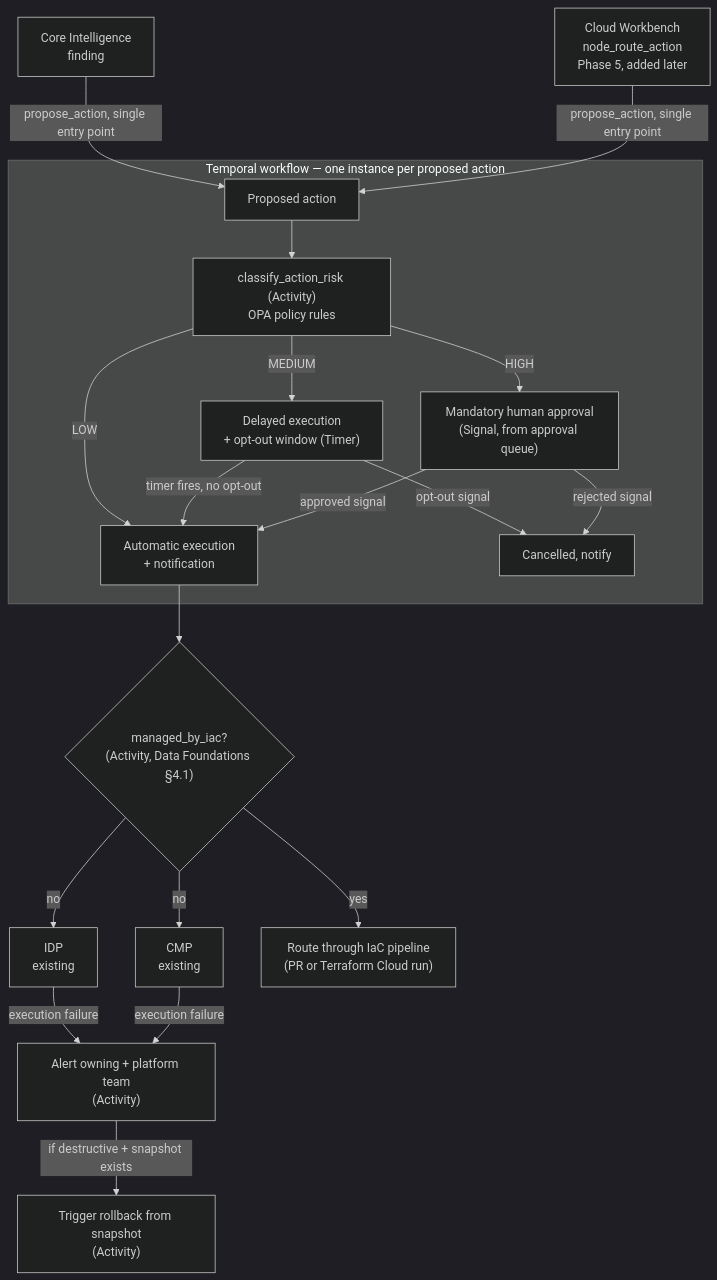
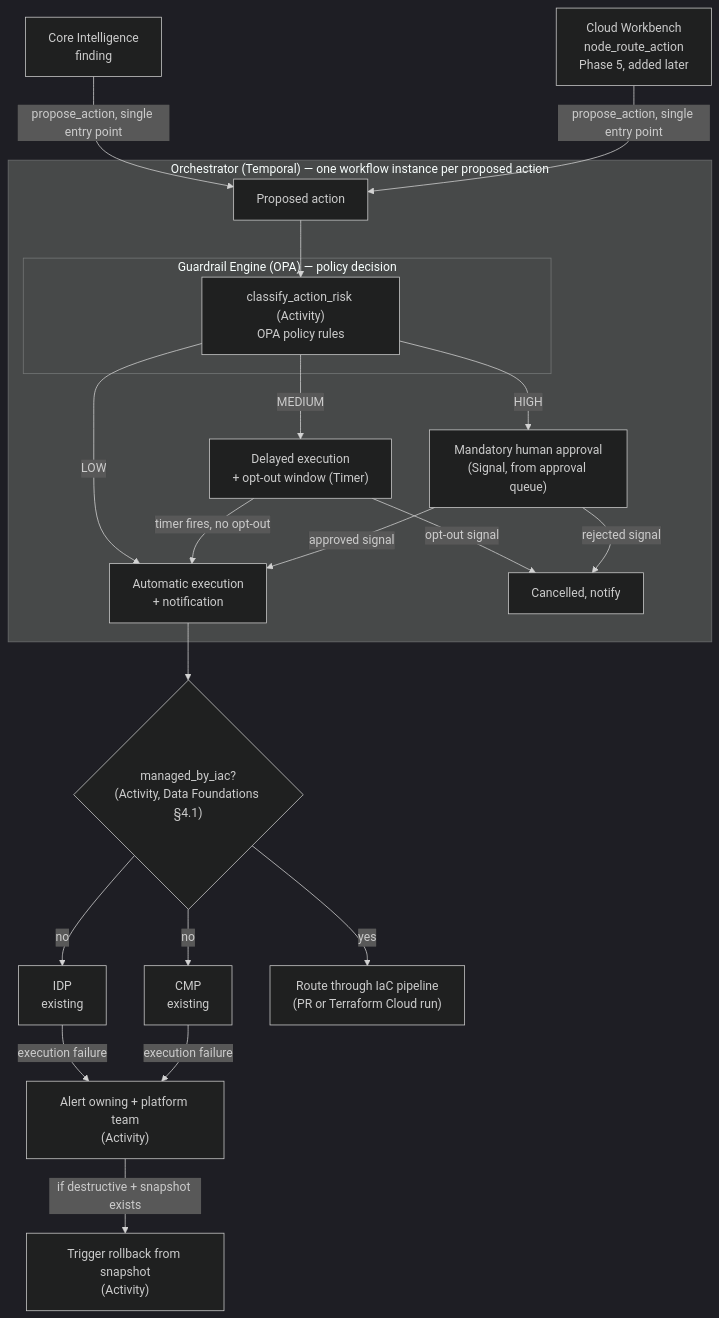
One commit to mbnest/finops-intelligence-platform changed the diagram in docs/Solution_Architecture_Governed_Automation.md. Above: the diagram before and after it, drawn with Mermaid (dark theme). The commit also changed other lines of this file and 4 other files, not shown here.

````diff
--- a/docs/Solution_Architecture_Governed_Automation.md
+++ b/docs/Solution_Architecture_Governed_Automation.md
@@ -46,24 +48,27 @@
 ```mermaid
 flowchart TD
     CI["Core Intelligence<br/>finding"] -->|propose_action, single entry point| P[Proposed action]
     CW["Cloud Workbench<br/>node_route_action<br/>Phase 5, added later"] -->|propose_action, single entry point| P
 
-    subgraph WF["Temporal workflow — one instance per proposed action"]
-        P --> R["classify_action_risk (Activity)<br/>OPA policy rules"]
+    subgraph WF["Orchestrator (Temporal) — one workflow instance per proposed action"]
+        P --> R
+        subgraph GUARD["Guardrail Engine (OPA) — policy decision"]
+            R["classify_action_risk (Activity)<br/>OPA policy rules"]
+        end
         R -->|LOW| AUTO[Automatic execution<br/>+ notification]
         R -->|MEDIUM| DELAY["Delayed execution<br/>+ opt-out window (Timer)"]
         R -->|HIGH| HUMAN["Mandatory human approval<br/>(Signal, from approval queue)"]
         DELAY -->|opt-out signal| CANCEL[Cancelled, notify]
         DELAY -->|timer fires, no opt-out| AUTO
         HUMAN -->|approved signal| AUTO
         HUMAN -->|rejected signal| CANCEL
     end
 
     AUTO --> IAC{"managed_by_iac?<br/>(Activity, Data Foundations §4.1)"}
     IAC -->|no| IDP["IDP<br/>existing"]
     IAC -->|no| CMP["CMP<br/>existing"]
     IAC -->|yes| TFPIPE["Route through IaC pipeline<br/>(PR or Terraform Cloud run)"]
     IDP -->|execution failure| FAIL["Alert owning + platform team<br/>(Activity)"]
     CMP -->|execution failure| FAIL
     FAIL -->|if destructive + snapshot exists| ROLLBACK["Trigger rollback from snapshot<br/>(Activity)"]
 ```
````
